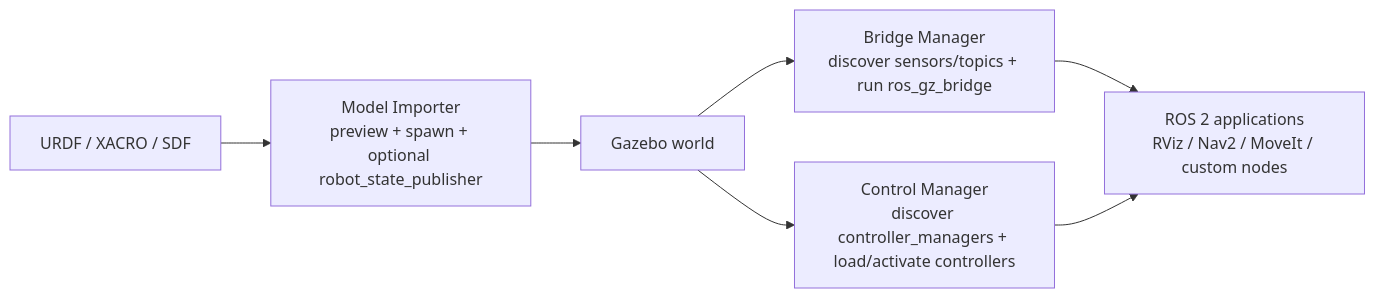
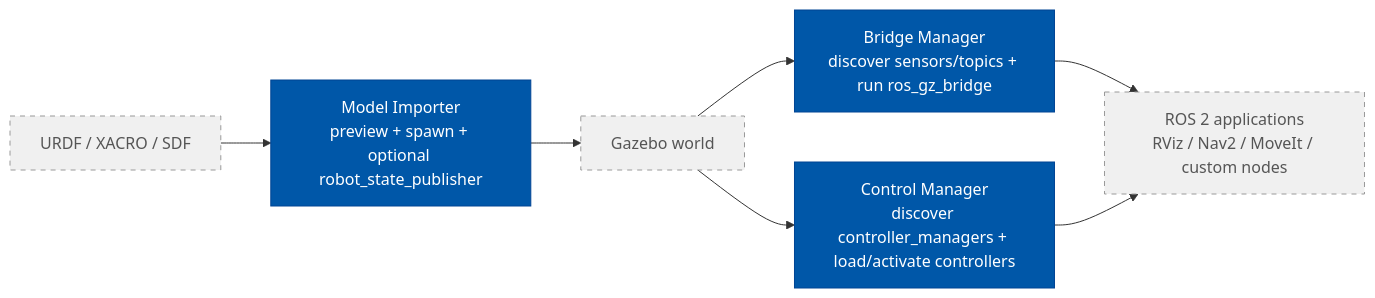
The diagram in README.md (asoriano1/gz_ros2_control_manager), drawn with Mermaid before and after one commit. The commit also changed other lines of this file, not shown here.

Commit message:
docs: update README — suite links and mermaid styling

````diff
--- a/README.md
+++ b/README.md
@@ -18,9 +18,15 @@
 ```mermaid
 flowchart LR
   A[URDF / XACRO / SDF] --> B[Model Importer<br/>preview + spawn + optional robot_state_publisher]
   B --> C[Gazebo world]
   C --> D[Bridge Manager<br/>discover sensors/topics + run ros_gz_bridge]
   C --> E[Control Manager<br/>discover controller_managers + load/activate controllers]
   D --> F[ROS 2 applications<br/>RViz / Nav2 / MoveIt / custom nodes]
   E --> F
+
+  classDef suite fill:#0057a8,stroke:#004494,color:#ffffff
+  classDef external fill:#f0f0f0,stroke:#999999,color:#555555,stroke-dasharray:5 5
+
+  class B,D,E suite
+  class A,C,F external
 ```
````
